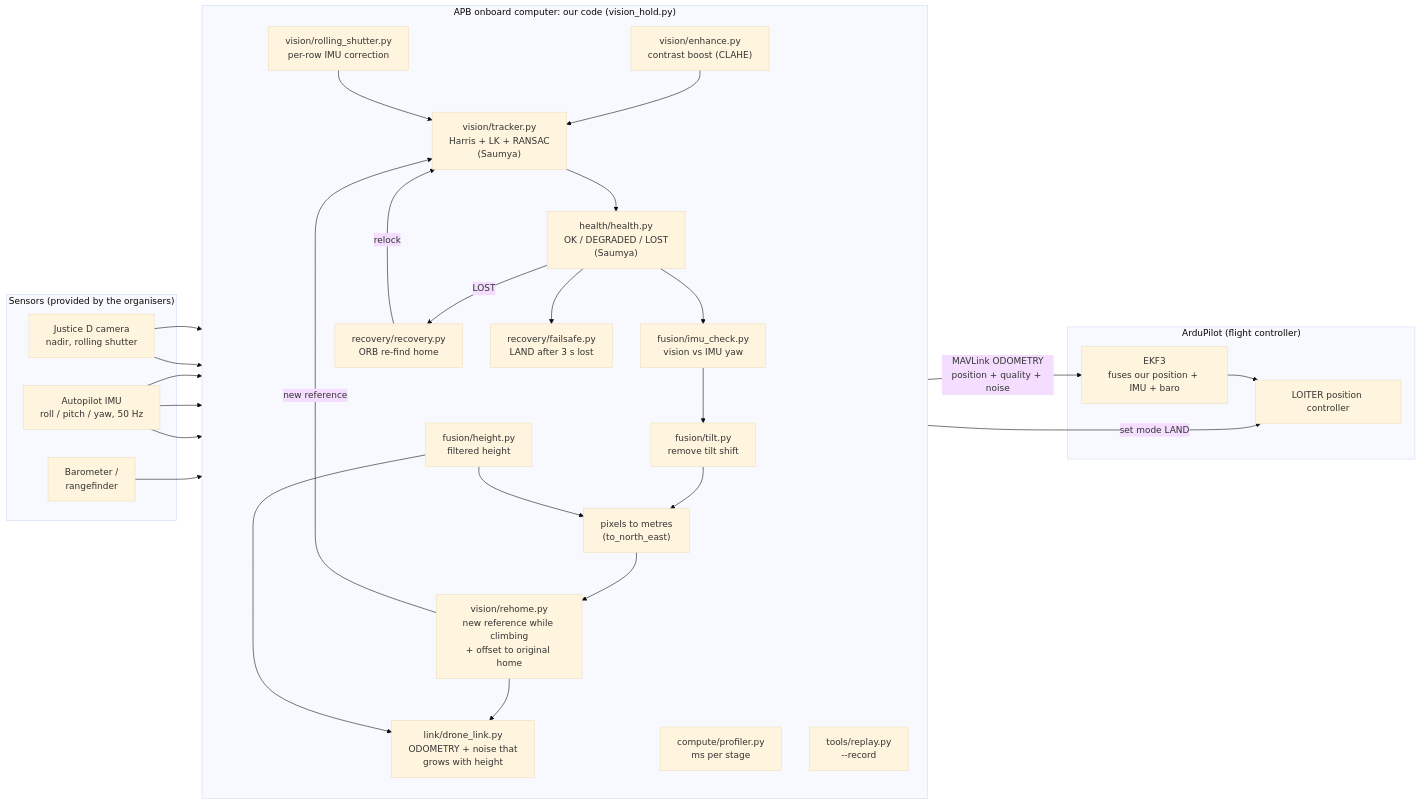
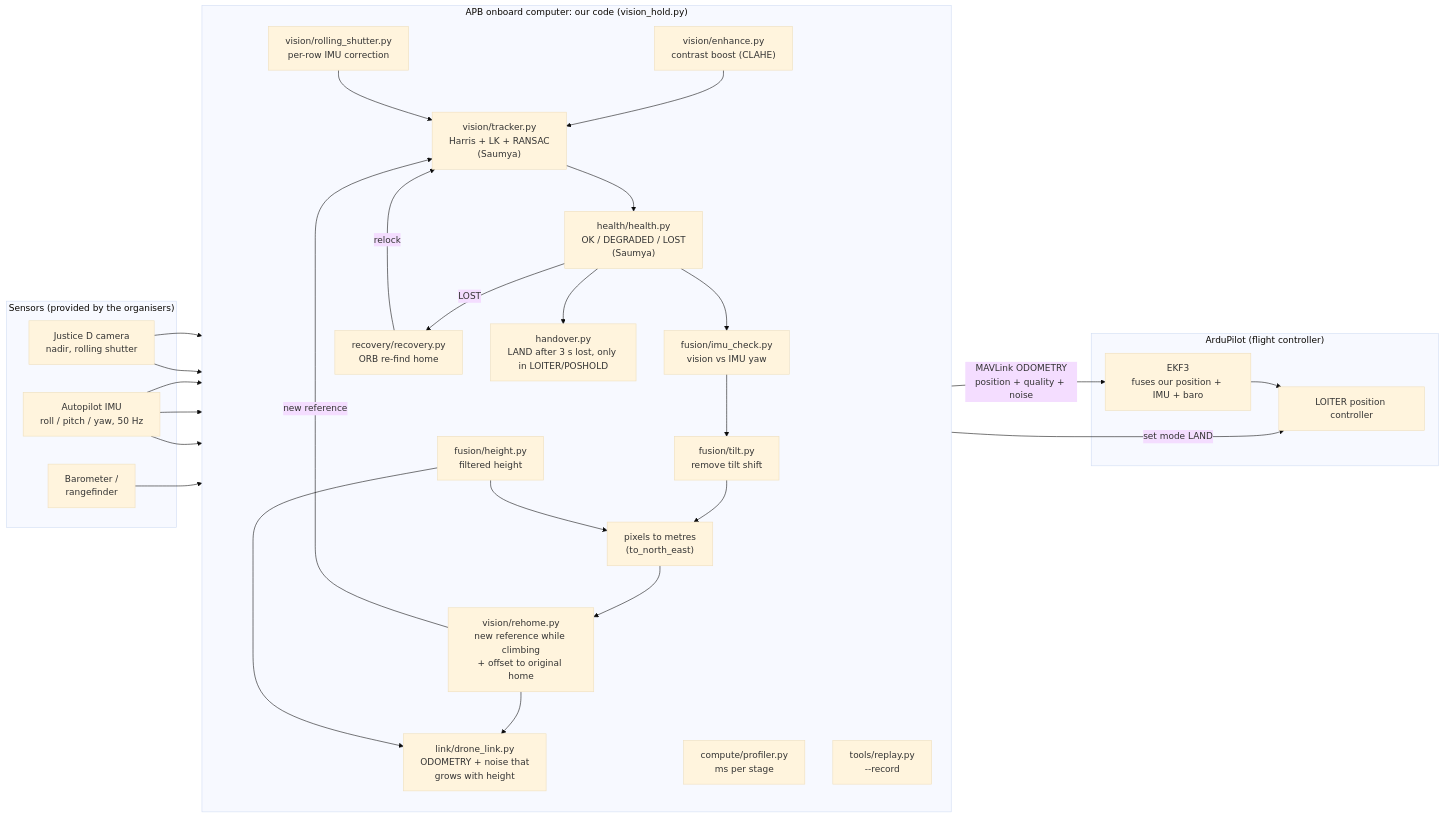
Before and after one commit to Sj011106/DroneCode: the first of 4 diagrams in README.md, drawn with Mermaid (base theme). The commit also changed other lines of this file and 16 other files, not shown here.

````diff
--- a/README.md
+++ b/README.md
@@ -59,44 +59,44 @@
 ```mermaid
 flowchart LR
     subgraph SENSORS["Sensors (provided by the organisers)"]
         CAM["Justice D camera<br/>nadir, rolling shutter"]
         IMU["Autopilot IMU<br/>roll / pitch / yaw, 50 Hz"]
         ALT["Barometer /<br/>rangefinder"]
     end
 
     subgraph APB["APB onboard computer: our code (vision_hold.py)"]
         direction TB
         ENH["vision/enhance.py<br/>contrast boost (CLAHE)"]
         TRK["vision/tracker.py<br/>Harris + LK + RANSAC<br/>(Saumya)"]
         RS["vision/rolling_shutter.py<br/>per-row IMU correction"]
         HLT["health/health.py<br/>OK / DEGRADED / LOST<br/>(Saumya)"]
         IMUC["fusion/imu_check.py<br/>vision vs IMU yaw"]
         REC["recovery/recovery.py<br/>ORB re-find home"]
         TILT["fusion/tilt.py<br/>remove tilt shift"]
         HGT["fusion/height.py<br/>filtered height"]
         MET["pixels to metres<br/>(to_north_east)"]
         RH["vision/rehome.py<br/>new reference while climbing<br/>+ offset to original home"]
         LINK["link/drone_link.py<br/>ODOMETRY + noise that<br/>grows with height"]
-        FS["recovery/failsafe.py<br/>LAND after 3 s lost"]
+        FS["handover.py<br/>LAND after 3 s lost, only in LOITER/POSHOLD"]
         PROF["compute/profiler.py<br/>ms per stage"]
         RECD["tools/replay.py<br/>--record"]
     end
 
     subgraph AP["ArduPilot (flight controller)"]
         EKF["EKF3<br/>fuses our position + IMU + baro"]
         CTRL["LOITER position controller"]
     end
 
     CAM --> ENH --> TRK
     CAM --> RECD
     IMU --> RS --> TRK
     TRK --> HLT --> IMUC --> TILT --> MET --> RH --> LINK
     HLT -- "LOST" --> REC -- "relock" --> TRK
     RH -- "new reference" --> TRK
     IMU --> IMUC
     IMU --> TILT
     ALT --> HGT --> MET
     HGT --> LINK
     LINK -- "MAVLink ODOMETRY<br/>position + quality + noise" --> EKF --> CTRL
     HLT --> FS -- "set mode LAND" --> CTRL
 ```
````
